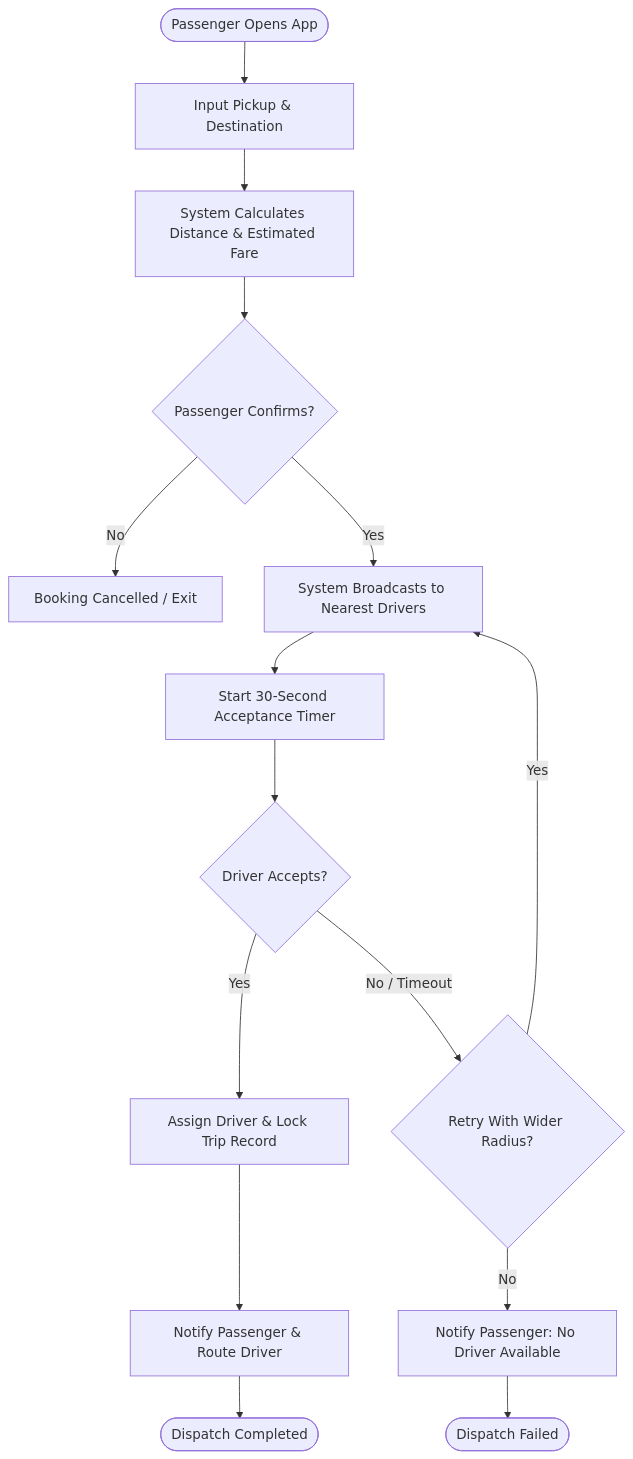
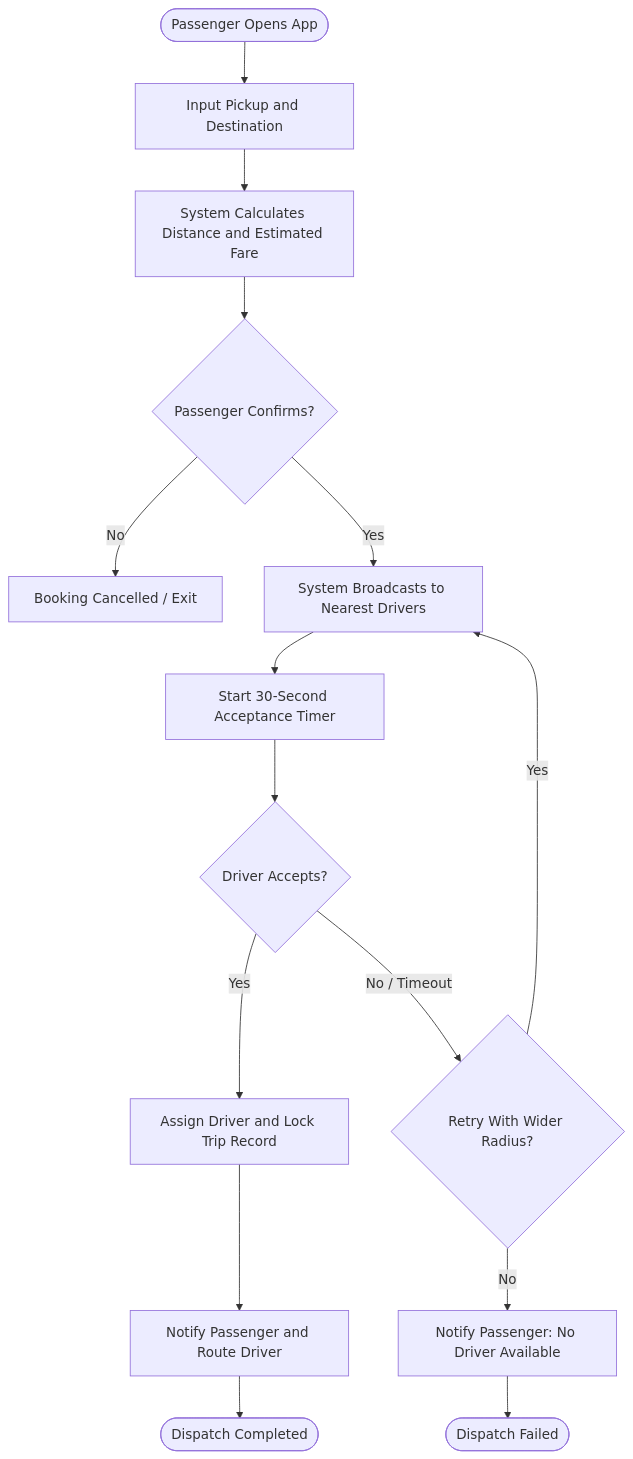
Before and after one commit to emmanueloyono-debug/ViaMe: diagram 11 of 17 in VIAME_PROJECT_SPECIFICATION.md, drawn with Mermaid. The commit also changed other lines of this file, not shown here.

Commit message:
fix(docs): resolve all Mermaid syntax errors in Deployment, Activities 1-3, and ERD

````diff
--- a/VIAME_PROJECT_SPECIFICATION.md
+++ b/VIAME_PROJECT_SPECIFICATION.md
@@ -663,17 +663,17 @@
 ```mermaid
 flowchart TD
-    Start([Passenger Opens App]) --> EnterCoords[Input Pickup & Destination]
-    EnterCoords --> CalcDist[System Calculates Distance & Estimated Fare]
-    CalcDist --> ConfirmBooking{Passenger Confirms?}
-    ConfirmBooking -- No --> Abandon[Booking Cancelled / Exit]
-    ConfirmBooking -- Yes --> Broadcast[System Broadcasts to Nearest Drivers]
-    Broadcast --> StartTimer[Start 30-Second Acceptance Timer]
-    StartTimer --> CheckResponse{Driver Accepts?}
-    CheckResponse -- Yes --> AssignDriver[Assign Driver & Lock Trip Record]
-    AssignDriver --> NotifyBoth[Notify Passenger & Route Driver]
-    NotifyBoth --> EndSuccess([Dispatch Completed])
-    CheckResponse -- No / Timeout --> ExpandRadius{Retry With Wider Radius?}
+    Start(["Passenger Opens App"]) --> EnterCoords["Input Pickup and Destination"]
+    EnterCoords --> CalcDist["System Calculates Distance and Estimated Fare"]
+    CalcDist --> ConfirmBooking{"Passenger Confirms?"}
+    ConfirmBooking -- No --> Abandon["Booking Cancelled / Exit"]
+    ConfirmBooking -- Yes --> Broadcast["System Broadcasts to Nearest Drivers"]
+    Broadcast --> StartTimer["Start 30-Second Acceptance Timer"]
+    StartTimer --> CheckResponse{"Driver Accepts?"}
+    CheckResponse -- Yes --> AssignDriver["Assign Driver and Lock Trip Record"]
+    AssignDriver --> NotifyBoth["Notify Passenger and Route Driver"]
+    NotifyBoth --> EndSuccess(["Dispatch Completed"])
+    CheckResponse -- No / Timeout --> ExpandRadius{"Retry With Wider Radius?"}
     ExpandRadius -- Yes --> Broadcast
-    ExpandRadius -- No --> CancelTrip[Notify Passenger: No Driver Available]
-    CancelTrip --> EndFail([Dispatch Failed])
+    ExpandRadius -- No --> CancelTrip["Notify Passenger: No Driver Available"]
+    CancelTrip --> EndFail(["Dispatch Failed"])
 ```
````
